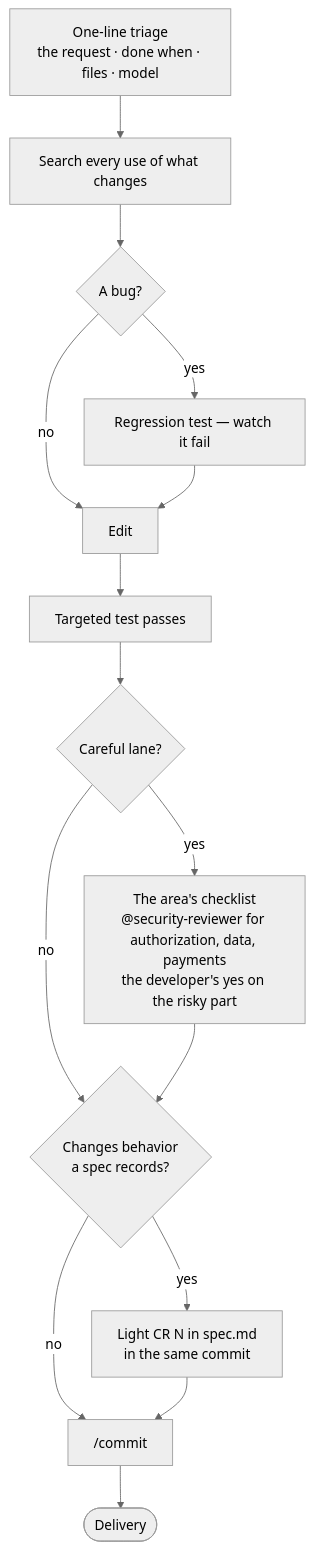
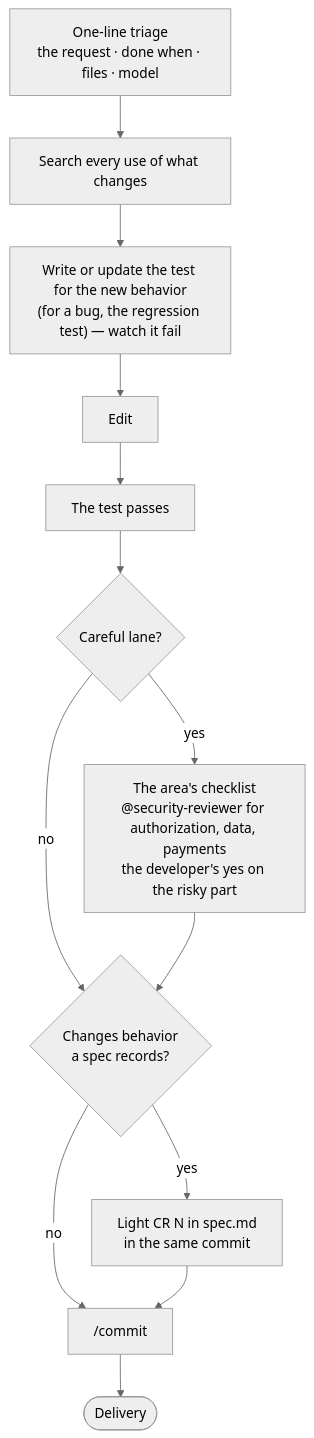
Before and after one commit to Aplyca/AgenticDevelopmentFramework: the second of 6 diagrams in README.md, drawn with Mermaid (neutral theme). The commit also changed other lines of this file and 31 other files, not shown here.

````diff
--- a/README.md
+++ b/README.md
@@ -155,17 +155,15 @@
 ```mermaid
 flowchart TD
     line["One-line triage<br/>the request · done when · files · model"] --> search["Search every use of what changes"]
-    search --> isbug{"A bug?"}
-    isbug -->|yes| red["Regression test — watch it fail"]
-    isbug -->|no| edit["Edit"]
-    red --> edit
-    edit --> green["Targeted test passes"]
+    search --> red["Write or update the test for the new behavior<br/>(for a bug, the regression test) — watch it fail"]
+    red --> edit["Edit"]
+    edit --> green["The test passes"]
     green --> iscareful{"Careful lane?"}
     iscareful -->|yes| checklist["The area's checklist<br/>@security-reviewer for authorization, data, payments<br/>the developer's yes on the risky part"]
     iscareful -->|no| recorded
     checklist --> recorded{"Changes behavior<br/>a spec records?"}
     recorded -->|yes| lightcr["Light CR N in spec.md<br/>in the same commit"]
     recorded -->|no| commitfast["/commit"]
     lightcr --> commitfast
     commitfast --> delivery(["Delivery"])
 ```
````
